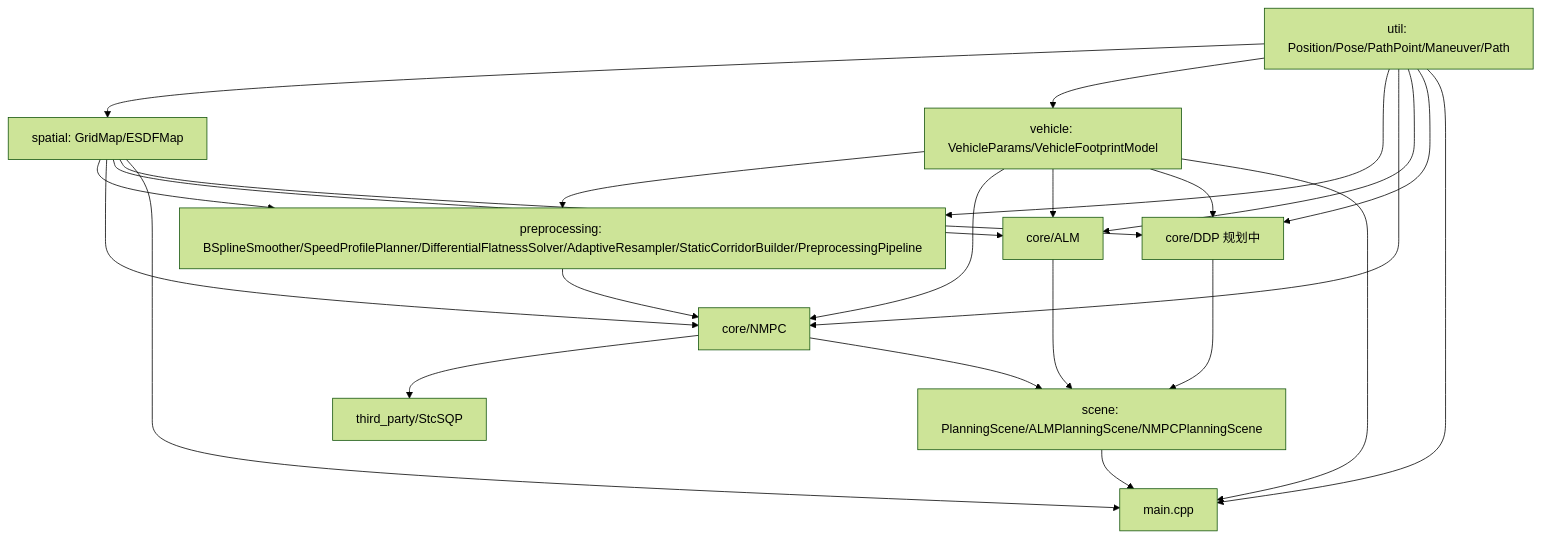
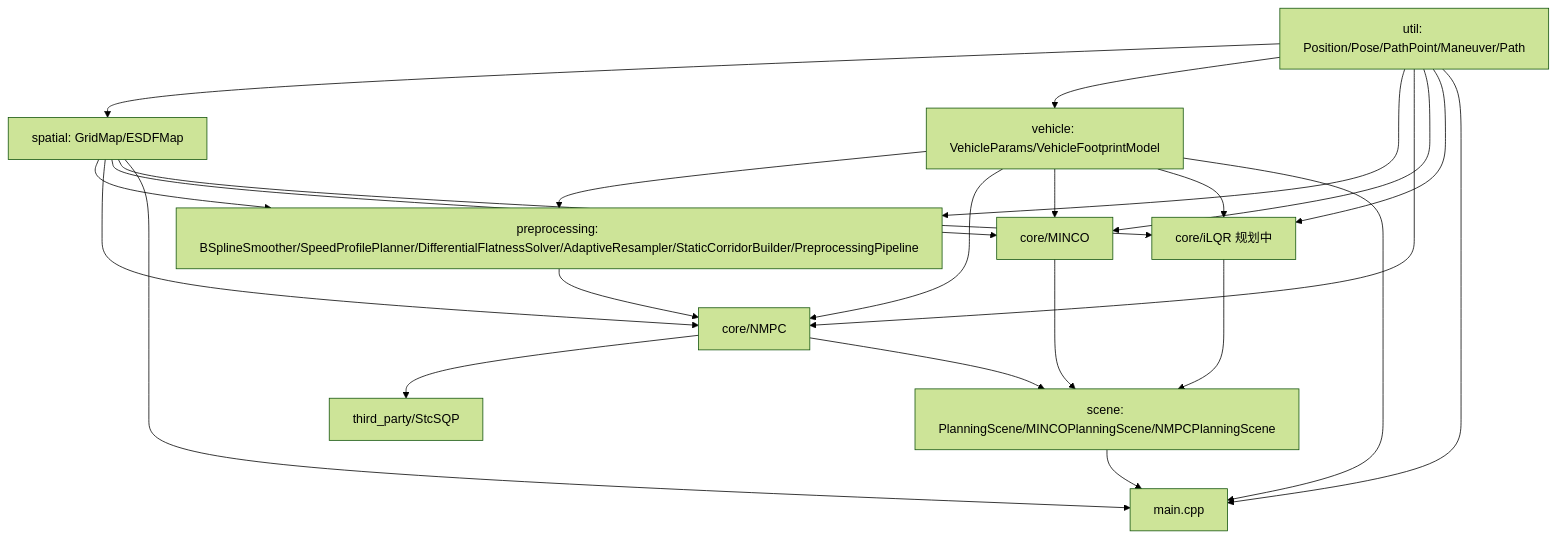
One commit to zw007981/APAPostProcessor changed the fifth of 6 diagrams in docs/architecture.md. Above: the diagram before and after it, drawn with Mermaid (forest theme). The commit also changed other lines of this file and 41 other files, not shown here.

````diff
--- a/docs/architecture.md
+++ b/docs/architecture.md
@@ -394,26 +394,26 @@
 ```mermaid
 flowchart TB
     util[util: Position/Pose/PathPoint/Maneuver/Path] --> spatial[spatial: GridMap/ESDFMap]
     util --> vehicle[vehicle: VehicleParams/VehicleFootprintModel]
     spatial --> preprocess[preprocessing: BSplineSmoother/SpeedProfilePlanner/DifferentialFlatnessSolver/AdaptiveResampler/StaticCorridorBuilder/PreprocessingPipeline]
     vehicle --> preprocess
     util --> preprocess
     preprocess --> nmpc[core/NMPC]
     spatial --> nmpc
     vehicle --> nmpc
     util --> nmpc
     nmpc --> stcsqp[third_party/StcSQP]
-    spatial --> alm[core/ALM]
-    vehicle --> alm
-    util --> alm
-    spatial --> ddp[core/DDP 规划中]
-    vehicle --> ddp
-    util --> ddp
-    alm --> scene[scene: PlanningScene/ALMPlanningScene/NMPCPlanningScene]
-    ddp --> scene
+    spatial --> minco[core/MINCO]
+    vehicle --> minco
+    util --> minco
+    spatial --> ilqr[core/iLQR 规划中]
+    vehicle --> ilqr
+    util --> ilqr
+    minco --> scene[scene: PlanningScene/MINCOPlanningScene/NMPCPlanningScene]
+    ilqr --> scene
     nmpc --> scene
     scene --> main[main.cpp]
     util --> main
     spatial --> main
     vehicle --> main
 ```
````
